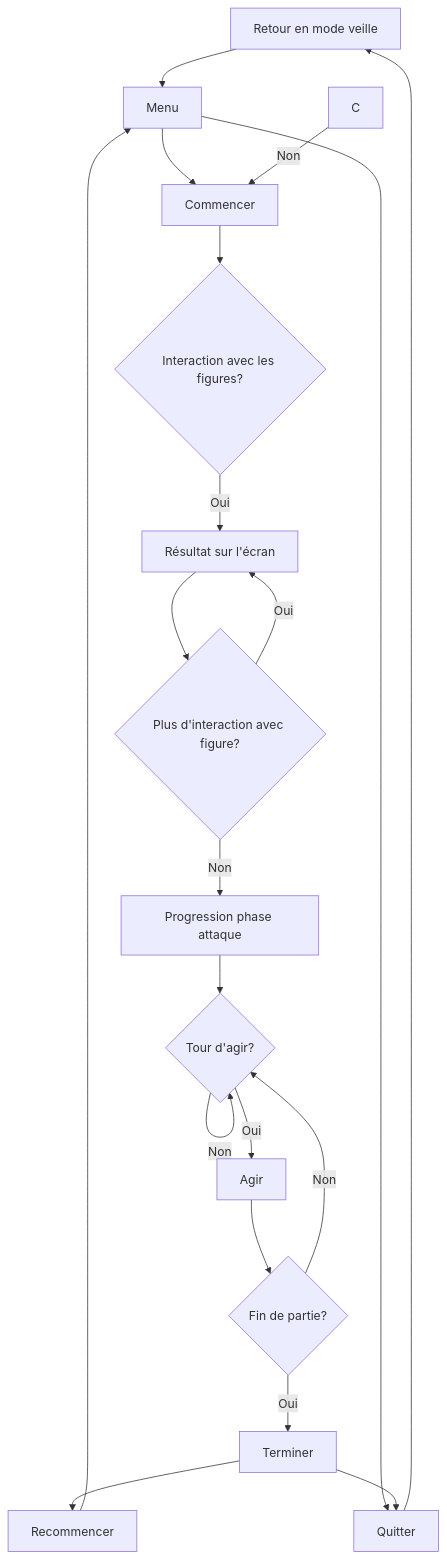
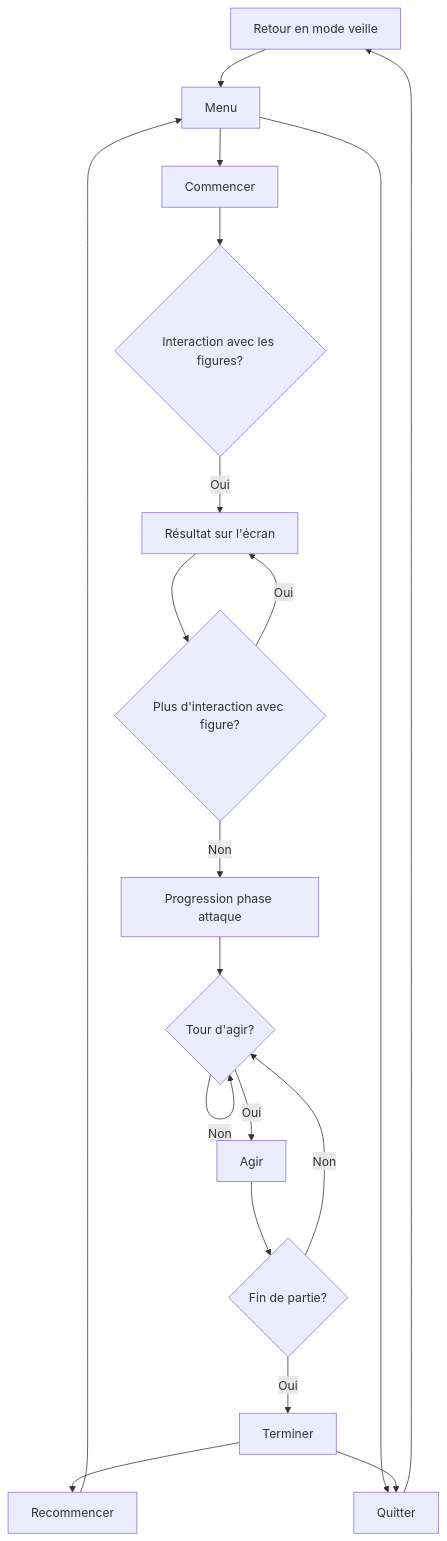
The diagram in 20_intention/30_scenario/README.md (Ethereal-Creators/Etheria), drawn with Mermaid before and after one commit.

Commit message:
~fix mermaid

````diff
--- a/20_intention/30_scenario/README.md
+++ b/20_intention/30_scenario/README.md
@@ -13,22 +13,21 @@
 ```mermaid
 graph TD
     A[Retour en mode veille] --> x[Menu]
     x --> B[Commencer]
     x --> N[Quitter]
     B --> id1{Interaction avec les figures?}
     id1 --Oui--> F[Résultat sur l'écran]
-    C --Non--> B[Commencer]
     F --> id2{Plus d'interaction avec figure?}
     id2 --Non--> M[Progression phase attaque]
     id2 --Oui--> F
     M --> id3{Tour d'agir?}
     id3 --Oui--> K[Agir]
     id3 --Non--> id3
     K --> id4{Fin de partie?}
     id4 --Oui--> U[Terminer]
     id4 --Non--> id3
     U --> H[Recommencer]
     H --> x
     U --> N
     N --> A
 ```
````
